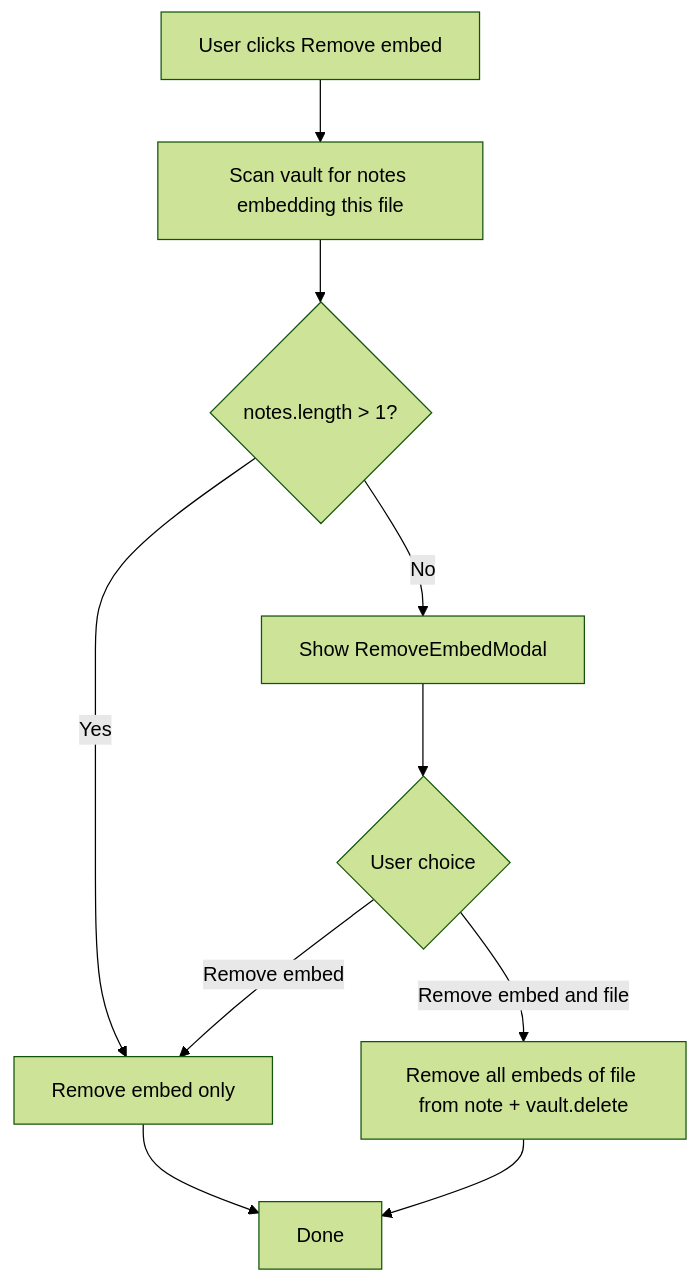
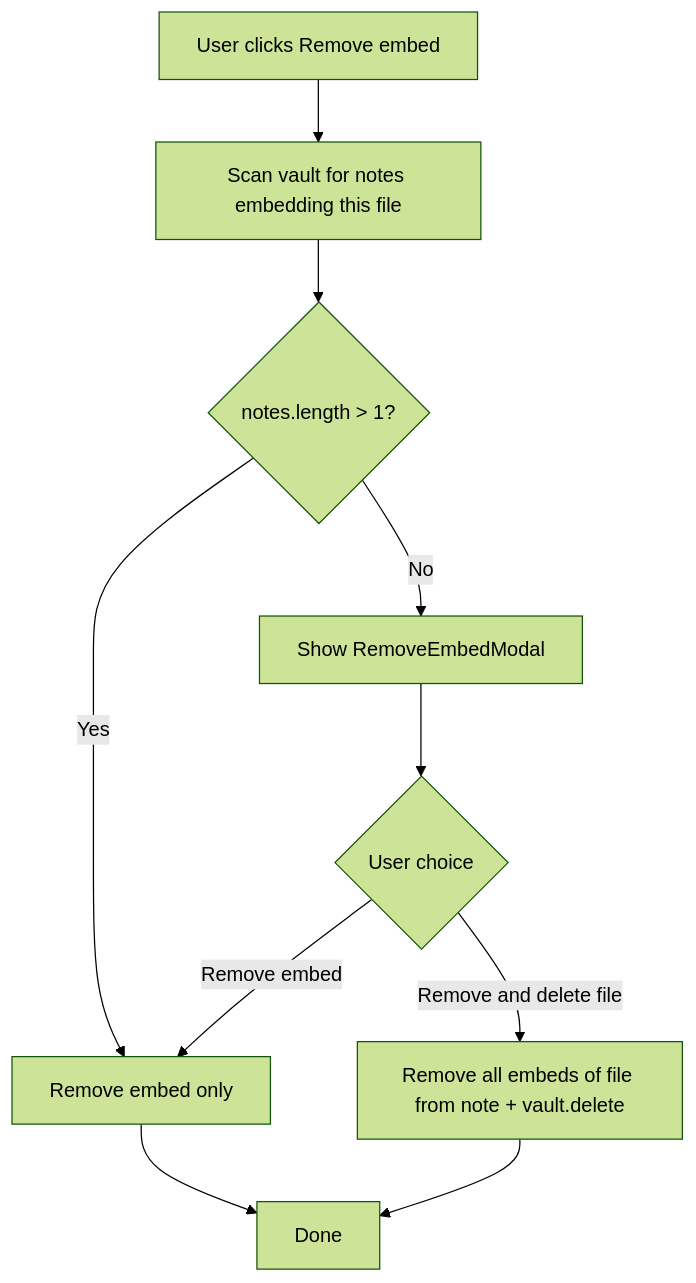
The diagram in docs/remove-embed.md (daledesilva/obsidian_ink), drawn with Mermaid (forest theme) before and after one commit. The commit also changed other lines of this file and 3 other files, not shown here.

Commit message:
Style "delete file" option in embed removal modal as destructive

````diff
--- a/docs/remove-embed.md
+++ b/docs/remove-embed.md
@@ -13,13 +13,13 @@
 ```mermaid
 flowchart TD
     UserClicks[User clicks Remove embed]
     UserClicks --> Scan[Scan vault for notes embedding this file]
     Scan --> Check{notes.length > 1?}
     Check -->|Yes| RemoveOnly[Remove embed only]
     Check -->|No| ShowModal[Show RemoveEmbedModal]
     ShowModal --> Choice{User choice}
     Choice -->|Remove embed| RemoveOnly
-    Choice -->|Remove embed and file| RemoveAllAndDelete[Remove all embeds of file from note + vault.delete]
+    Choice -->|Remove and delete file| RemoveAllAndDelete[Remove all embeds of file from note + vault.delete]
     RemoveOnly --> Done[Done]
     RemoveAllAndDelete --> Done
 ```
````
